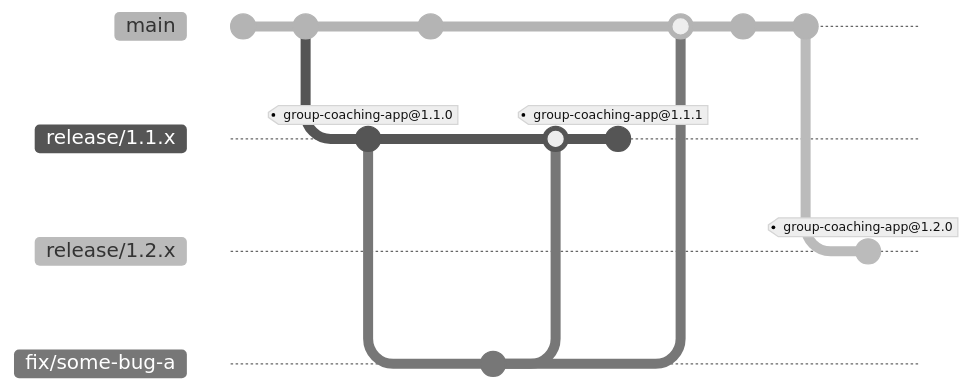
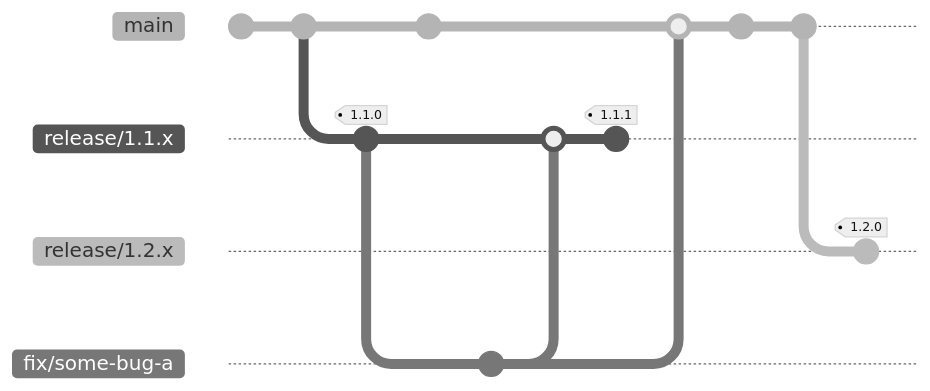
The third of 10 diagrams in README.md (appelsinvandi/boon-apps-release-flow-proposal), drawn with Mermaid (neutral theme) before and after one commit. The commit also changed other lines of this file, not shown here. Commit ids are hidden.

Commit message:
feat: more flows and automation figs in readme

````diff
--- a/README.md
+++ b/README.md
@@ -84,32 +84,32 @@
 ```mermaid
 gitGraph
   checkout main
   commit id:"feat: a"
   commit id:"feat: b"
 
   checkout main
   branch release/1.1.x order: 0
-  commit id:"chore: bump (1.1.0)" tag:"group-coaching-app@1.1.0"
+  commit id:"chore: bump (1.1.0)" tag:"1.1.0"
 
   checkout main
   commit id:"feat: c"
 
   checkout release/1.1.x
   branch fix/some-bug-a order: 11
   commit
 
   checkout release/1.1.x
   merge fix/some-bug-a
-  commit id:"chore: bump (1.1.1)" tag:"group-coaching-app@1.1.1"
+  commit id:"chore: bump (1.1.1)" tag:"1.1.1"
 
   checkout main
   merge fix/some-bug-a
 
   checkout main
   commit id:"feat: d"
   commit id:"feat: e"
 
   checkout main
   branch release/1.2.x order: 1
-  commit id:"chore: bump (1.2.0)" tag:"group-coaching-app@1.2.0"
+  commit id:"chore: bump (1.2.0)" tag:"1.2.0"
 ```
````
